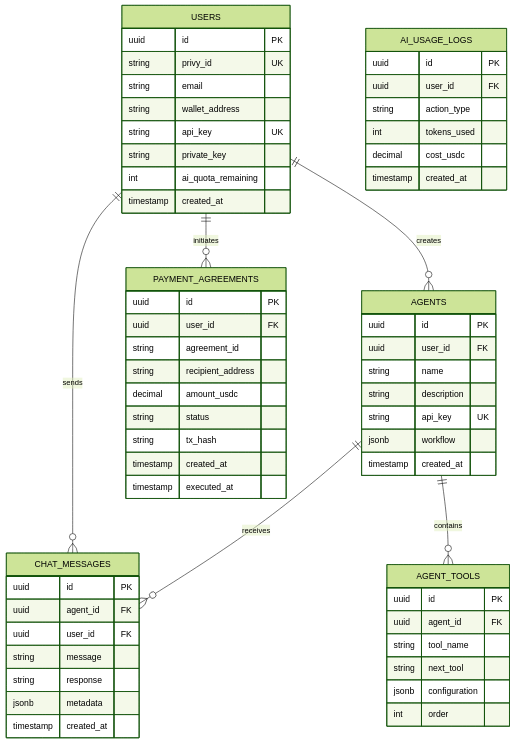
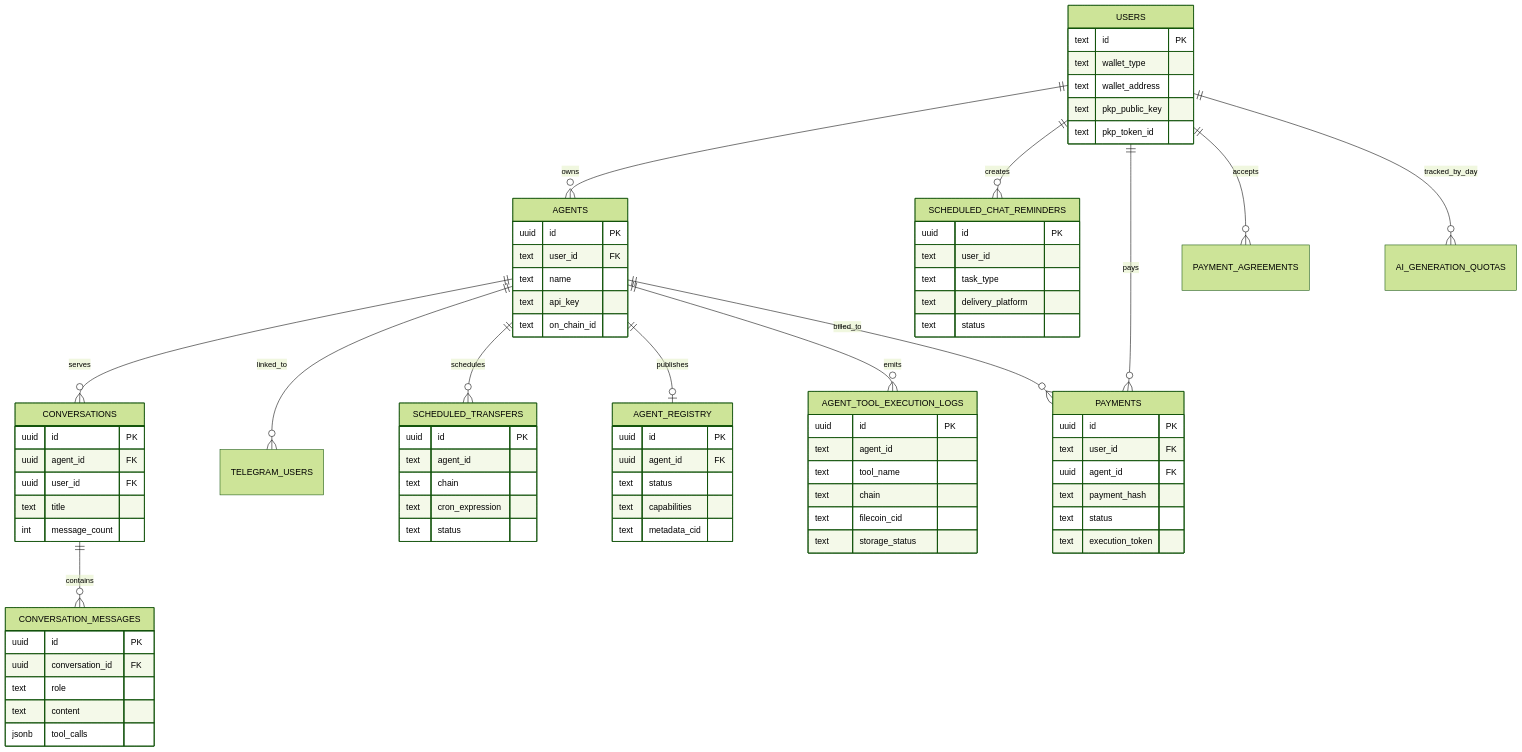
One commit to Jayesh-Kr/BlockOPS changed diagram 15 of 15 in WORKFLOW_DIAGRAM.md. Above: the diagram before and after it, drawn with Mermaid (forest theme). The commit also changed other lines of this file and 7 other files, not shown here.

````diff
--- a/WORKFLOW_DIAGRAM.md
+++ b/WORKFLOW_DIAGRAM.md
@@ -439,69 +435,92 @@
 ```mermaid
 erDiagram
-    USERS ||--o{ AGENTS : creates
-    USERS ||--o{ CHAT_MESSAGES : sends
-    USERS ||--o{ PAYMENT_AGREEMENTS : initiates
-    AGENTS ||--o{ CHAT_MESSAGES : receives
-    AGENTS ||--o{ AGENT_TOOLS : contains
-    
+    USERS ||--o{ AGENTS : owns
+    AGENTS ||--o{ CONVERSATIONS : serves
+    CONVERSATIONS ||--o{ CONVERSATION_MESSAGES : contains
+
+    AGENTS ||--o{ TELEGRAM_USERS : linked_to
+    AGENTS ||--o{ SCHEDULED_TRANSFERS : schedules
+    USERS ||--o{ SCHEDULED_CHAT_REMINDERS : creates
+
+    AGENTS ||--o| AGENT_REGISTRY : publishes
+    AGENTS ||--o{ AGENT_TOOL_EXECUTION_LOGS : emits
+
+    USERS ||--o{ PAYMENTS : pays
+    AGENTS ||--o{ PAYMENTS : billed_to
+    USERS ||--o{ PAYMENT_AGREEMENTS : accepts
+    USERS ||--o{ AI_GENERATION_QUOTAS : tracked_by_day
+
     USERS {
-        uuid id PK
-        string privy_id UK
-        string email
-        string wallet_address
-        string api_key UK
-        string private_key
-        int ai_quota_remaining
-        timestamp created_at
+      text id PK
+      text wallet_type
+      text wallet_address
+      text pkp_public_key
+      text pkp_token_id
     }
-    
+
     AGENTS {
-        uuid id PK
-        uuid user_id FK
-        string name
-        string description
-        string api_key UK
-        jsonb workflow
-        timestamp created_at
+      uuid id PK
+      text user_id FK
+      text name
+      text api_key
+      text on_chain_id
     }
-    
-    AGENT_TOOLS {
-        uuid id PK
-        uuid agent_id FK
-        string tool_name
-        string next_tool
-        jsonb configuration
-        int order
+
+    CONVERSATIONS {
+      uuid id PK
+      uuid agent_id FK
+      uuid user_id FK
+      text title
+      int message_count
     }
-    
-    CHAT_MESSAGES {
-        uuid id PK
-        uuid agent_id FK
-        uuid user_id FK
-        string message
-        string response
-        jsonb metadata
-        timestamp created_at
+
+    CONVERSATION_MESSAGES {
+      uuid id PK
+      uuid conversation_id FK
+      text role
+      text content
+      jsonb tool_calls
     }
-    
-    PAYMENT_AGREEMENTS {
-        uuid id PK
-        uuid user_id FK
-        string agreement_id
-        string recipient_address
-        decimal amount_usdc
-        string status
-        string tx_hash
-        timestamp created_at
-        timestamp executed_at
+
+    AGENT_REGISTRY {
+      uuid id PK
+      uuid agent_id FK
+      text status
+            text capabilities
+      text metadata_cid
     }
-    
-    AI_USAGE_LOGS {
-        uuid id PK
-        uuid user_id FK
-        string action_type
-        int tokens_used
-        decimal cost_usdc
-        timestamp created_at
+
+    AGENT_TOOL_EXECUTION_LOGS {
+      uuid id PK
+      text agent_id
+      text tool_name
+      text chain
+      text filecoin_cid
+      text storage_status
+    }
+
+    PAYMENTS {
+      uuid id PK
+      text user_id FK
+      uuid agent_id FK
+      text payment_hash
+      text status
+      text execution_token
+    }
+
+    SCHEDULED_TRANSFERS {
+      uuid id PK
+      text agent_id
+      text chain
+      text cron_expression
+      text status
+    }
+
+    SCHEDULED_CHAT_REMINDERS {
+      uuid id PK
+      text user_id
+      text task_type
+      text delivery_platform
+      text status
     }
 ```
````
